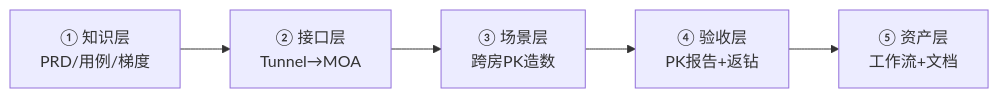
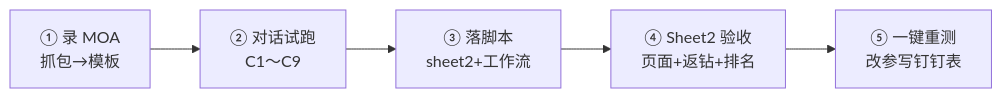
One commit to chenmo19910907-prog/yaahlanAgent changed the first of 2 diagrams in platform/web_agent/keynote/pk_atm_guide.md. Above: the diagram before and after it, drawn with Mermaid. The commit also changed other lines of this file and 8 other files, not shown here.

````diff
--- a/platform/web_agent/keynote/pk_atm_guide.md
+++ b/platform/web_agent/keynote/pk_atm_guide.md
@@ -37,7 +46,7 @@
 ```mermaid
 flowchart LR
-  P1[① 知识层<br>PRD/用例/梯度] --> P2[② 接口层<br>Tunnel→MOA]
-  P2 --> P3[③ 场景层<br>跨房PK造数]
-  P3 --> P4[④ 验收层<br>PK报告+返钻]
-  P4 --> P5[⑤ 资产层<br>工作流+文档]
+  P1[① 录 MOA<br>抓包→模板] --> P2[② 对话试跑<br>C1～C9]
+  P2 --> P3[③ 落脚本<br>sheet2+工作流]
+  P3 --> P4[④ Sheet2 验收<br>页面+返钻+排名]
+  P4 --> P5[⑤ 一键重测<br>改参写钉钉表]
 ```
````
